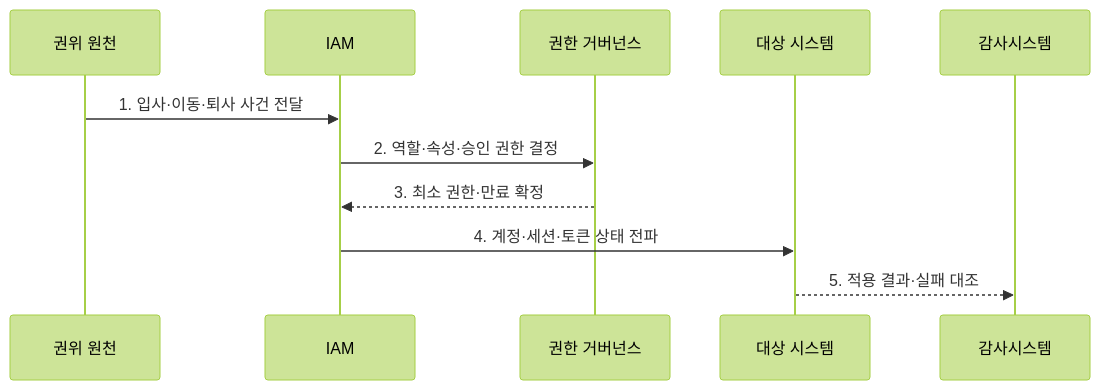
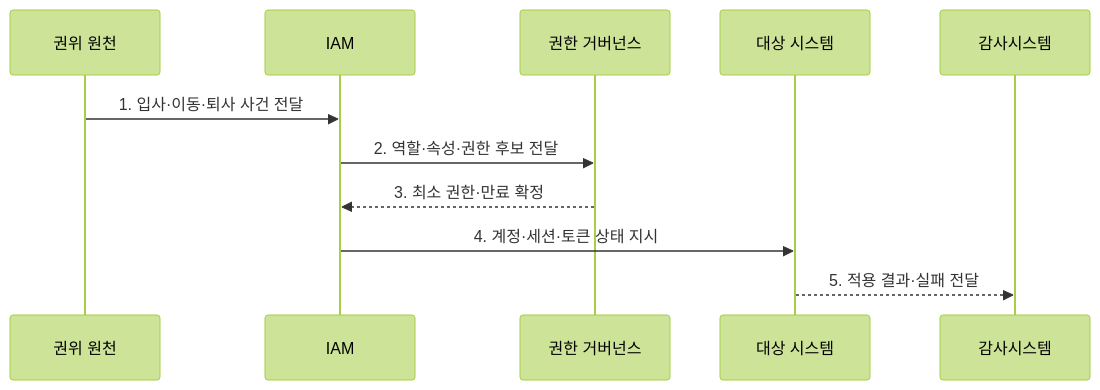
The second of 2 diagrams in src/content/docs/notes/05-security/061_iam.md (agnusdei1207/knowledge-base), drawn with Mermaid (forest theme) before and after one commit. The commit also changed other lines of this file and 20 other files, not shown here.

````diff
--- a/src/content/docs/notes/05-security/061_iam.md
+++ b/src/content/docs/notes/05-security/061_iam.md
@@ -89,13 +96,13 @@
 ```mermaid
 sequenceDiagram
     participant H as 권위 원천
     participant I as IAM
     participant G as 권한 거버넌스
     participant S as 대상 시스템
     participant 감사시스템
     H->>I: 1. 입사·이동·퇴사 사건 전달
-    I->>G: 2. 역할·속성·승인 권한 결정
+    I->>G: 2. 역할·속성·권한 후보 전달
     G-->>I: 3. 최소 권한·만료 확정
-    I->>S: 4. 계정·세션·토큰 상태 전파
-    S-->>감사시스템: 5. 적용 결과·실패 대조
+    I->>S: 4. 계정·세션·토큰 상태 지시
+    S-->>감사시스템: 5. 적용 결과·실패 전달
 ```
````
